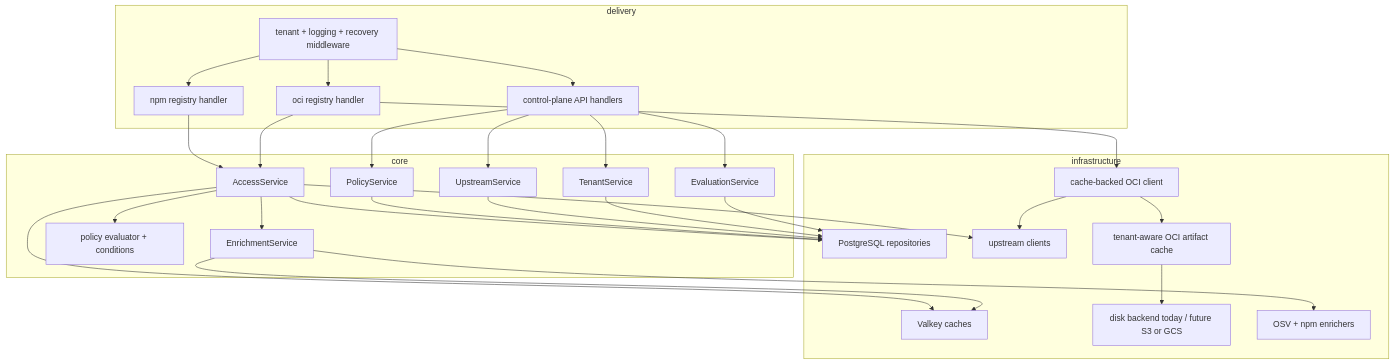
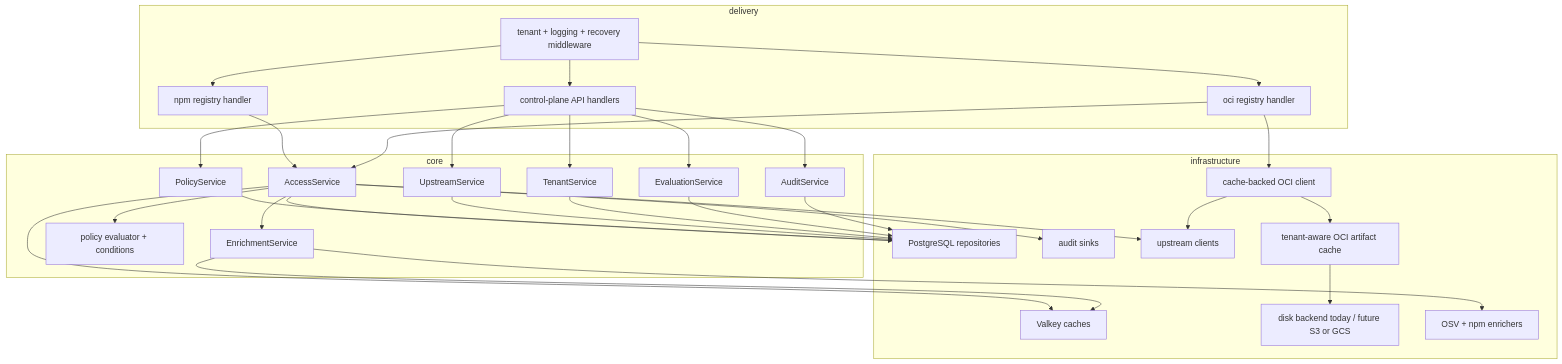
Before and after one commit to terrpan/dependency-firewall: the second of 4 diagrams in docs/architecture.md, drawn with Mermaid. The commit also changed other lines of this file and 44 other files, not shown here.

First line of the commit message:
feat(audit): add audit event repository and API for listing events by tenant

````diff
--- a/docs/architecture.md
+++ b/docs/architecture.md
@@ -83,56 +84,61 @@
 ```mermaid
 flowchart TB
     subgraph delivery[delivery]
         npmDelivery[npm registry handler]
         ociDelivery[oci registry handler]
         apiDelivery[control-plane API handlers]
         middleware[tenant + logging + recovery middleware]
     end
 
     subgraph core[core]
         accessService[AccessService]
         policyService[PolicyService]
         upstreamService[UpstreamService]
         tenantService[TenantService]
         evaluationService[EvaluationService]
+        auditService[AuditService]
         enrichmentService[EnrichmentService]
         evaluator[policy evaluator + conditions]
     end
 
     subgraph infrastructure[infrastructure]
         pgRepos[PostgreSQL repositories]
+        auditSinks[audit sinks]
         valkeyCache[Valkey caches]
         upstreamClients[upstream clients]
         cachedOCI[cache-backed OCI client]
         ociCache[tenant-aware OCI artifact cache]
         ociStorage[disk backend today / future S3 or GCS]
         enrichers[OSV + npm enrichers]
     end
 
     middleware --> npmDelivery
     middleware --> ociDelivery
     middleware --> apiDelivery
 
     npmDelivery --> accessService
     ociDelivery --> accessService
     apiDelivery --> policyService
     apiDelivery --> upstreamService
     apiDelivery --> tenantService
     apiDelivery --> evaluationService
+    apiDelivery --> auditService
 
     accessService --> enrichmentService
     accessService --> evaluator
     accessService --> pgRepos
+    accessService --> auditSinks
     accessService --> valkeyCache
     accessService --> upstreamClients
     policyService --> pgRepos
     upstreamService --> pgRepos
     tenantService --> pgRepos
     evaluationService --> pgRepos
+    auditService --> pgRepos
     enrichmentService --> valkeyCache
     enrichmentService --> enrichers
     ociDelivery --> cachedOCI
     cachedOCI --> ociCache
     cachedOCI --> upstreamClients
     ociCache --> ociStorage
 ```
````
